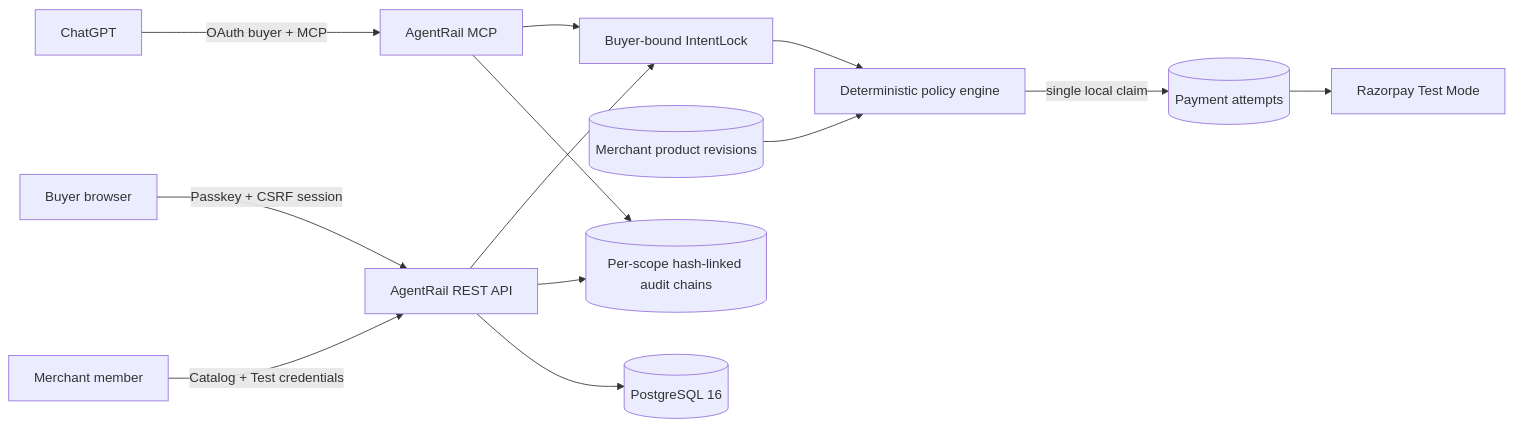
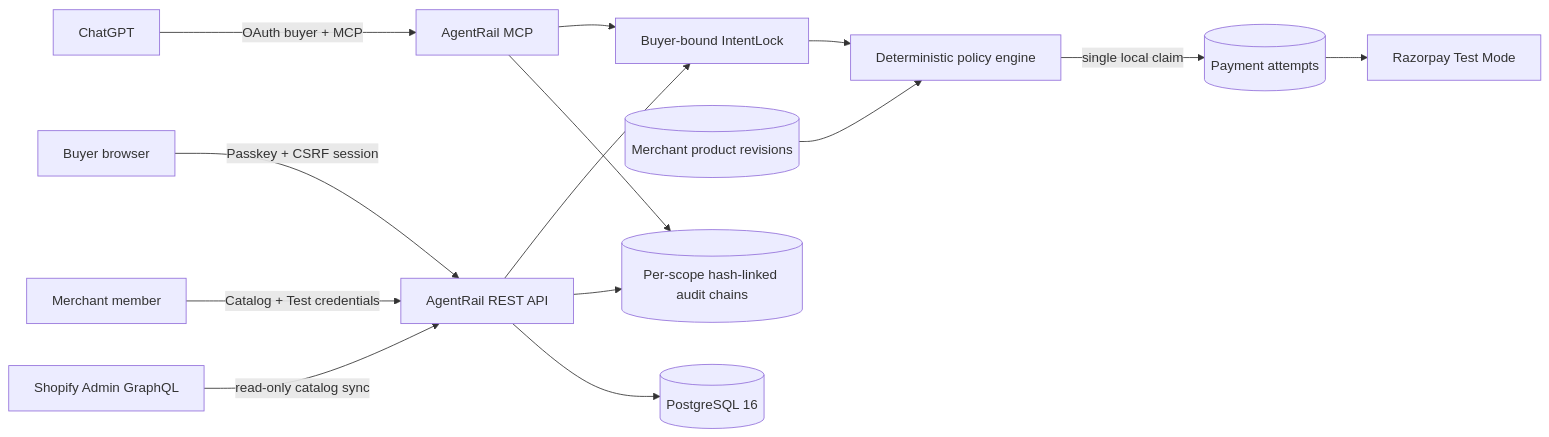
One commit to aryagupta-tech/SpendSeal changed the diagram in README.md. Above: the diagram before and after it, drawn with Mermaid. The commit also changed other lines of this file and 13 other files, not shown here.

Commit message:
Add Shopify catalog synchronization and local Razorpay key import

````diff
--- a/README.md
+++ b/README.md
@@ -187,15 +204,16 @@
 ```mermaid
 flowchart LR
   GPT[ChatGPT] -->|OAuth buyer + MCP| MCP[AgentRail MCP]
   Browser[Buyer browser] -->|Passkey + CSRF session| API[AgentRail REST API]
   Merchant[Merchant member] -->|Catalog + Test credentials| API
+  Shopify[Shopify Admin GraphQL] -->|read-only catalog sync| API
   MCP --> Lock[Buyer-bound IntentLock]
   API --> Lock
   Lock --> Policy[Deterministic policy engine]
   Catalog[(Merchant product revisions)] --> Policy
   Policy -->|single local claim| Orders[(Payment attempts)]
   Orders --> Razorpay[Razorpay Test Mode]
   API --> Audit[(Per-scope hash-linked audit chains)]
   MCP --> Audit
   API --> PG[(PostgreSQL 16)]
 ```
````
